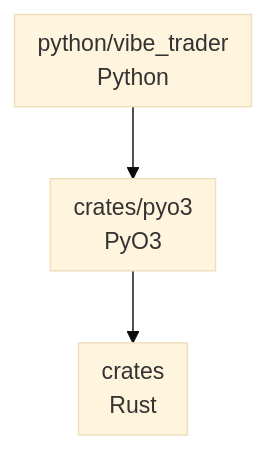
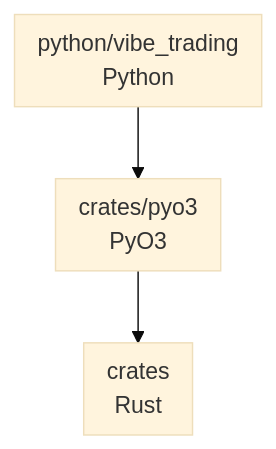
The fifth of 6 diagrams in docs/concepts/architecture.md (qOeOp/trade), drawn with Mermaid (base theme) before and after one commit. The commit also changed other lines of this file and 1427 other files, not shown here.

````diff
--- a/docs/concepts/architecture.md
+++ b/docs/concepts/architecture.md
@@ -567,14 +567,14 @@
 ```mermaid
 flowchart TB
-    subgraph trader["python/vibe_trader<br/>Python"]
+    subgraph trader["python/vibe_trading<br/>Python"]
     end
 
     subgraph bindings["crates/pyo3<br/>PyO3"]
     end
 
     subgraph core["crates<br/>Rust"]
     end
 
     trader --> bindings
     bindings --> core
 ```
````
